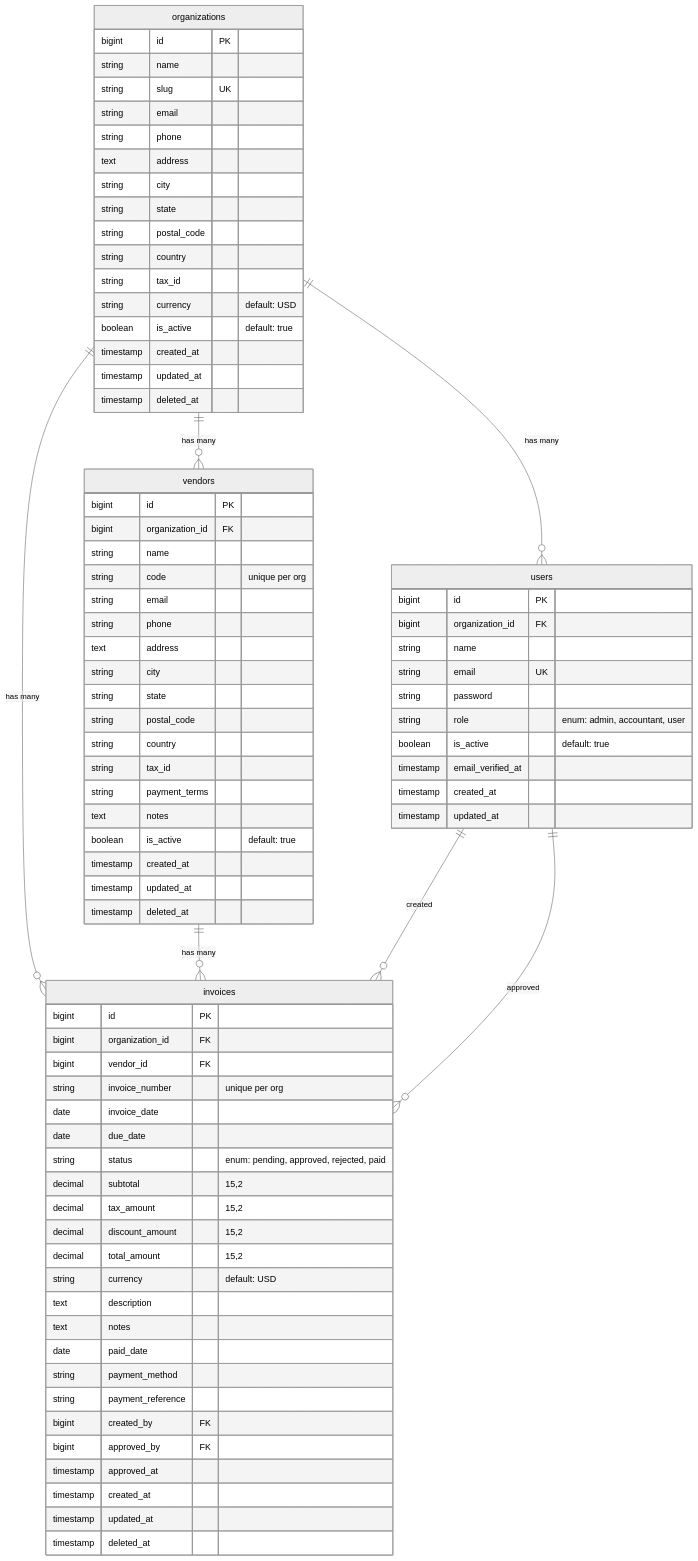
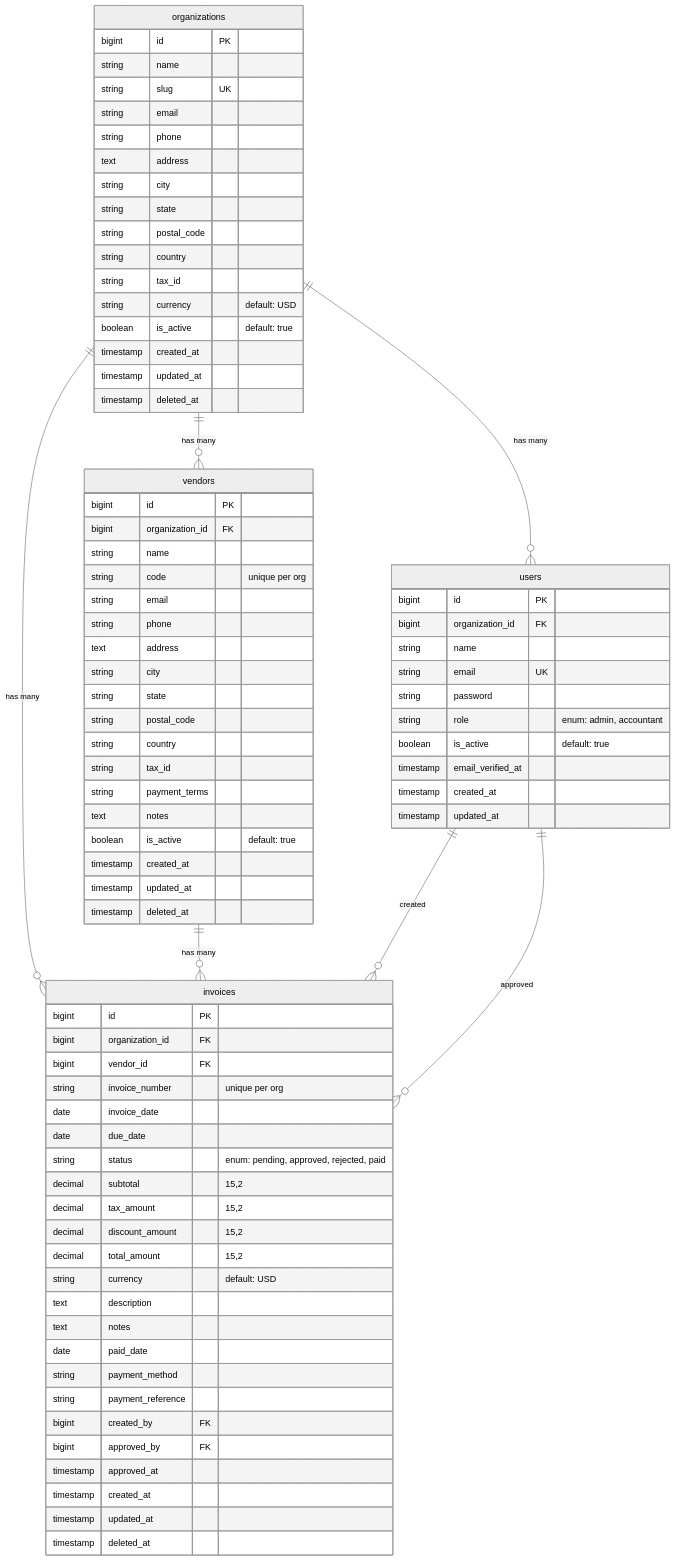
One commit to iamgerwin/multitenant-billing-system changed the diagram in docs/ERD.md. Above: the diagram before and after it, drawn with Mermaid (neutral theme). The commit also changed other lines of this file and 10 other files, not shown here.

First line of the commit message:
feat: implement Admin and Accountant roles only (remove User role)

```diff
--- a/docs/ERD.md
+++ b/docs/ERD.md
@@ -36,7 +36,7 @@
         string name
         string email UK
         string password
-        string role "enum: admin, accountant, user"
+        string role "enum: admin, accountant"
         boolean is_active "default: true"
         timestamp email_verified_at
         timestamp created_at
```
